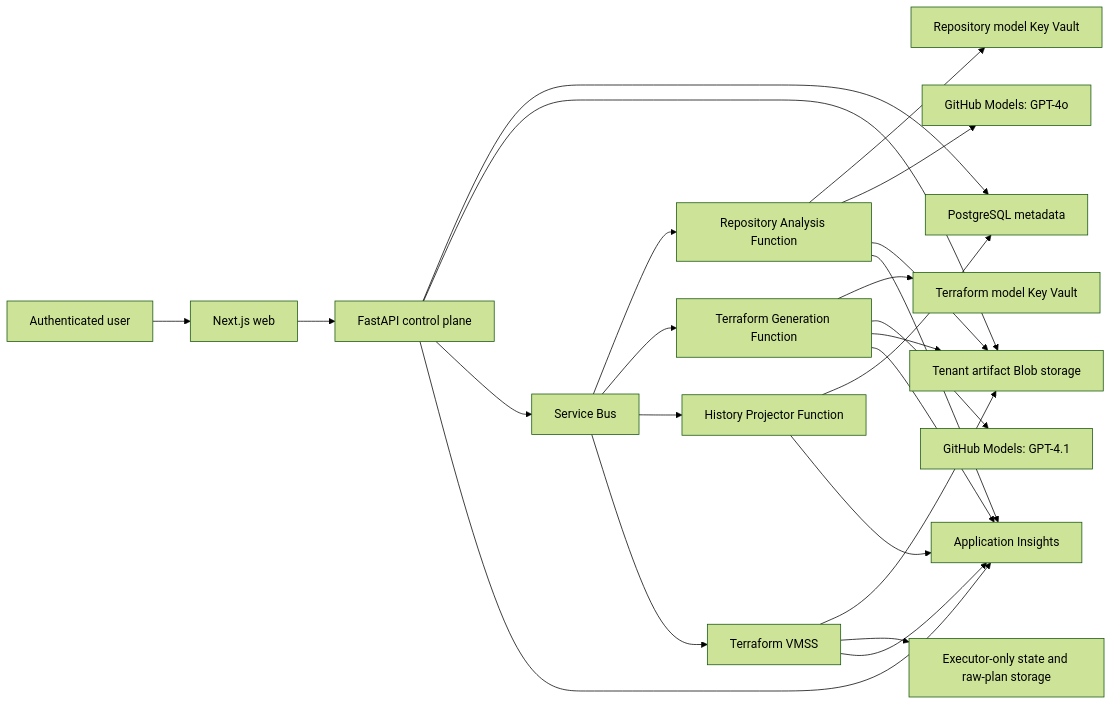
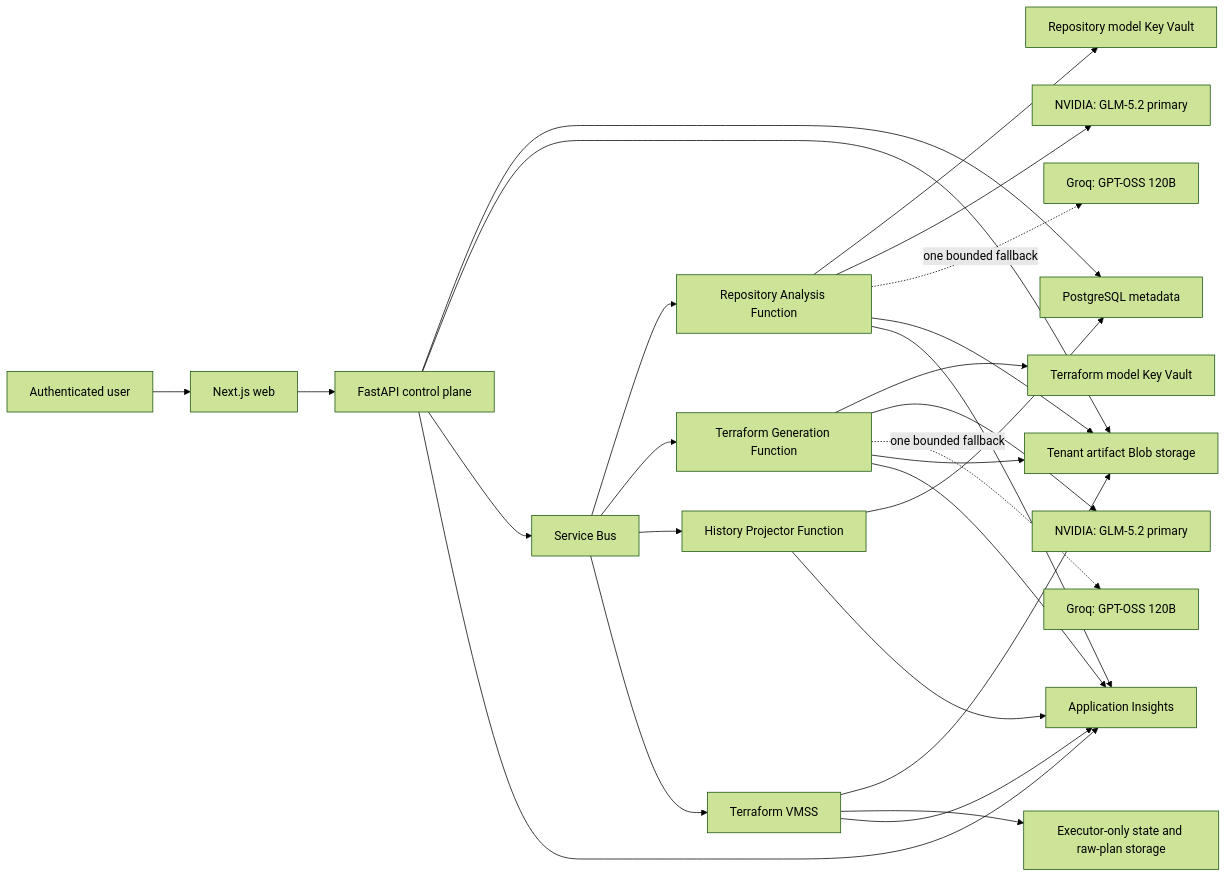
One commit to VedantDeveloper2005/ZeroOps-AI changed the first of 3 diagrams in docs/architecture/azure-enterprise.md. Above: the diagram before and after it, drawn with Mermaid (forest theme). The commit also changed other lines of this file and 29 other files, not shown here.

First line of the commit message:
feat: implement 3-tier AI provider fallback chain (NVIDIA 1 -> NVIDIA 2 -> Groq)

````diff
--- a/docs/architecture/azure-enterprise.md
+++ b/docs/architecture/azure-enterprise.md
@@ -24,30 +24,32 @@
 ```mermaid
 flowchart LR
     U["Authenticated user"] --> W["Next.js web"]
     W --> A["FastAPI control plane"]
     A --> PG["PostgreSQL metadata"]
     A --> ART["Tenant artifact Blob storage"]
     A --> SB["Service Bus"]
 
     SB --> RA["Repository Analysis Function"]
     SB --> TG["Terraform Generation Function"]
     SB --> HP["History Projector Function"]
     SB --> VMSS["Terraform VMSS"]
 
     RA --> KRA["Repository model Key Vault"]
     TG --> KTG["Terraform model Key Vault"]
-    RA --> GHRA["GitHub Models: GPT-4o"]
-    TG --> GHTG["GitHub Models: GPT-4.1"]
+    RA --> NRA["NVIDIA: GLM-5.2 primary"]
+    RA -. "one bounded fallback" .-> GRA["Groq: GPT-OSS 120B"]
+    TG --> NTG["NVIDIA: GLM-5.2 primary"]
+    TG -. "one bounded fallback" .-> GTG["Groq: GPT-OSS 120B"]
 
     RA --> ART
     TG --> ART
     VMSS --> ART
     VMSS --> STATE["Executor-only state and raw-plan storage"]
     HP --> PG
 
     A --> AI["Application Insights"]
     RA --> AI
     TG --> AI
     HP --> AI
     VMSS --> AI
 ```
````
